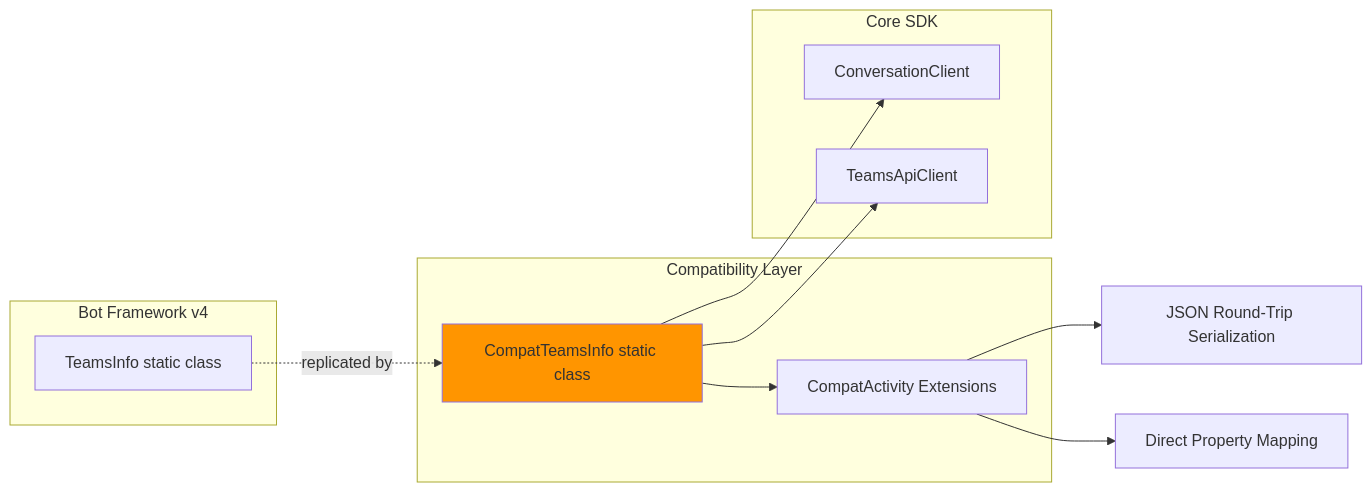
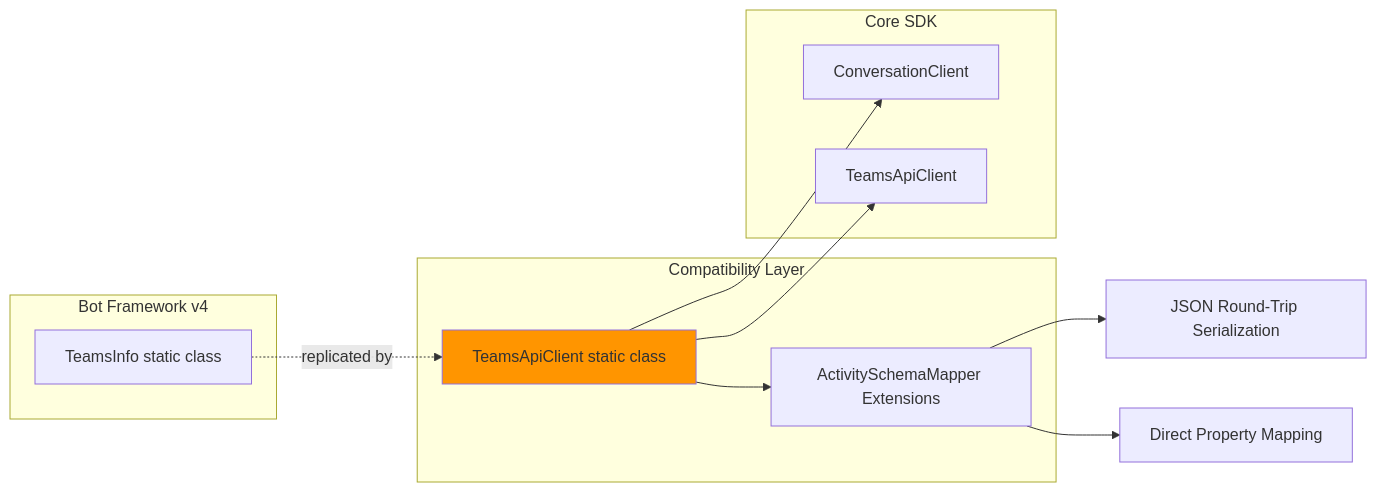
Diagram 13 of 19 in core/docs/Architecture.md (microsoft/teams.net), drawn with Mermaid before and after one commit. The commit also changed other lines of this file and 13 other files, not shown here.

````diff
--- a/core/docs/Architecture.md
+++ b/core/docs/Architecture.md
@@ -583,27 +583,27 @@
 ```mermaid
 graph LR
     subgraph "Bot Framework v4"
         TeamsInfo[TeamsInfo static class]
     end
 
     subgraph "Compatibility Layer"
-        CompatTeamsInfo[CompatTeamsInfo static class]
-        Conversions[CompatActivity Extensions]
+        TeamsApiClient[TeamsApiClient static class]
+        Conversions[ActivitySchemaMapper Extensions]
     end
 
     subgraph "Core SDK"
         ConvClient[ConversationClient]
         TeamsAPI[TeamsApiClient]
     end
 
-    TeamsInfo -.replicated by.-> CompatTeamsInfo
+    TeamsInfo -.replicated by.-> TeamsApiClient
 
-    CompatTeamsInfo --> ConvClient
-    CompatTeamsInfo --> TeamsAPI
-    CompatTeamsInfo --> Conversions
+    TeamsApiClient --> ConvClient
+    TeamsApiClient --> TeamsAPI
+    TeamsApiClient --> Conversions
 
     Conversions --> JSONRoundTrip["JSON Round-Trip Serialization"]
     Conversions --> DirectMap["Direct Property Mapping"]
 
-    style CompatTeamsInfo fill:#ff9500
+    style TeamsApiClient fill:#ff9500
 ```
````
